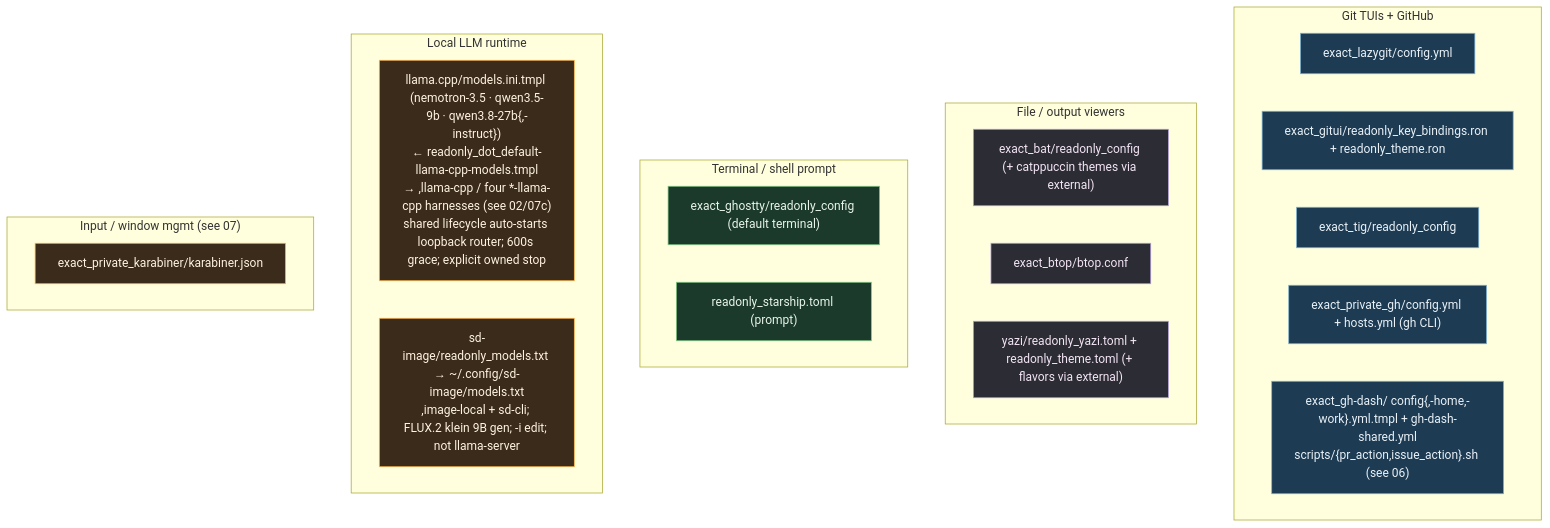
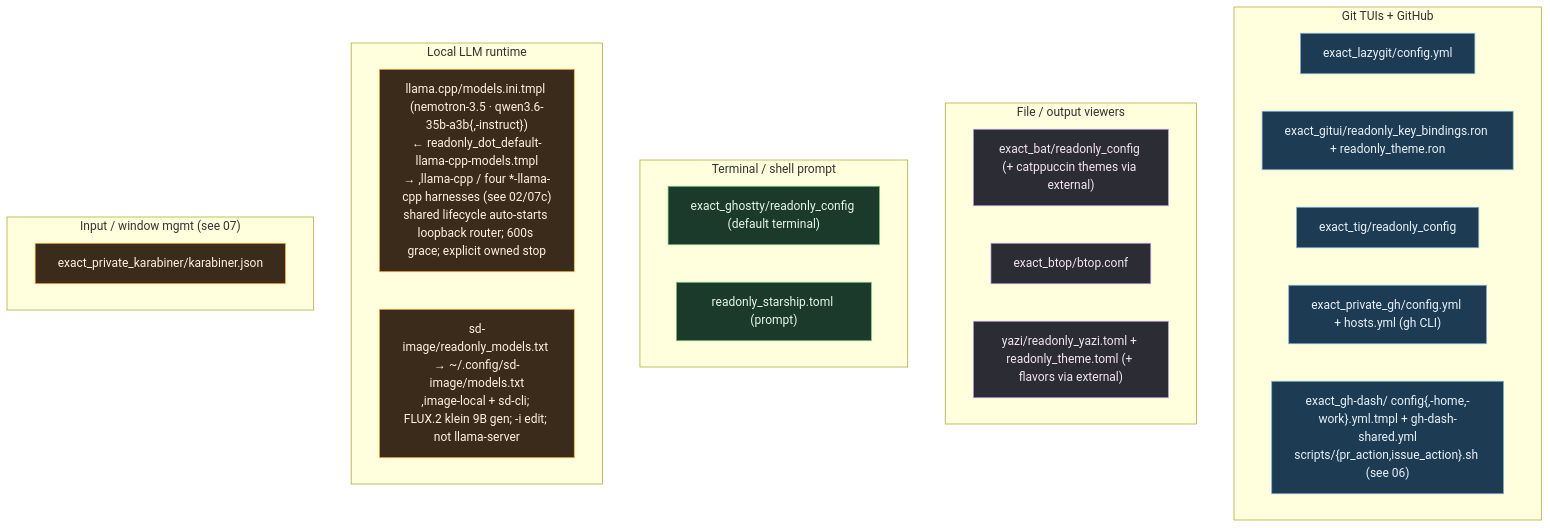
The diagram in .mermaids/13-app-configs.mmd (kapral18/dotfiles), drawn with Mermaid before and after one commit. The commit also changed 43 other files, not shown here.

```diff
--- a/.mermaids/13-app-configs.mmd
+++ b/.mermaids/13-app-configs.mmd
@@ -1,38 +1,38 @@
 %% ============================================================================
 %% 13-app-configs.mmd — Remaining standalone app configs in home/dot_config/
 %% (and a couple elsewhere) not covered by tmux(05)/nvim(07b)/ai(12)/fish(07).
 %% Each → ~/.config/<app>/. readonly_ = r--r--r--; .tmpl = isWork-aware.
 %% ============================================================================
 flowchart TB
     classDef git fill:#1d3b53,stroke:#7fb3d5,color:#eaf2f8;
     classDef view fill:#2c2c34,stroke:#b39ddb,color:#f3e5f5;
     classDef term fill:#1b3a2b,stroke:#81c784,color:#e8f5e9;
     classDef misc fill:#3a2b1b,stroke:#ffb74d,color:#fff3e0;
 
     subgraph GIT["Git TUIs + GitHub"]
         LAZY["exact_lazygit/config.yml"]:::git
         GITUI["exact_gitui/readonly_key_bindings.ron + readonly_theme.ron"]:::git
         TIG["exact_tig/readonly_config"]:::git
         GHCLI["exact_private_gh/config.yml + hosts.yml (gh CLI)"]:::git
         GHDASH["exact_gh-dash/ config{,-home,-work}.yml.tmpl + gh-dash-shared.yml<br/>scripts/{pr_action,issue_action}.sh (see 06)"]:::git
     end
 
     subgraph VIEWERS["File / output viewers"]
         BAT["exact_bat/readonly_config (+ catppuccin themes via external)"]:::view
         BTOP["exact_btop/btop.conf"]:::view
         YAZI["yazi/readonly_yazi.toml + readonly_theme.toml (+ flavors via external)"]:::view
     end
 
     subgraph TERMSH["Terminal / shell prompt"]
         GHOSTTY["exact_ghostty/readonly_config (default terminal)"]:::term
         STAR["readonly_starship.toml (prompt)"]:::term
     end
 
     subgraph LOCALAI["Local LLM runtime"]
-        LLAMA["llama.cpp/models.ini.tmpl (nemotron-3.5 · qwen3.5-9b · qwen3.8-27b{,-instruct})<br/>← readonly_dot_default-llama-cpp-models.tmpl<br/>→ ,llama-cpp / four *-llama-cpp harnesses (see 02/07c)<br/>shared lifecycle auto-starts loopback router; 600s grace; explicit owned stop"]:::misc
+        LLAMA["llama.cpp/models.ini.tmpl (nemotron-3.5 · qwen3.6-35b-a3b{,-instruct})<br/>← readonly_dot_default-llama-cpp-models.tmpl<br/>→ ,llama-cpp / four *-llama-cpp harnesses (see 02/07c)<br/>shared lifecycle auto-starts loopback router; 600s grace; explicit owned stop"]:::misc
         SDIMAGE["sd-image/readonly_models.txt → ~/.config/sd-image/models.txt<br/>,image-local + sd-cli; FLUX.2 klein 9B gen; -i edit; not llama-server"]:::misc
     end
 
     subgraph INPUT["Input / window mgmt (see 07)"]
         KARA["exact_private_karabiner/karabiner.json"]:::misc
     end
```
